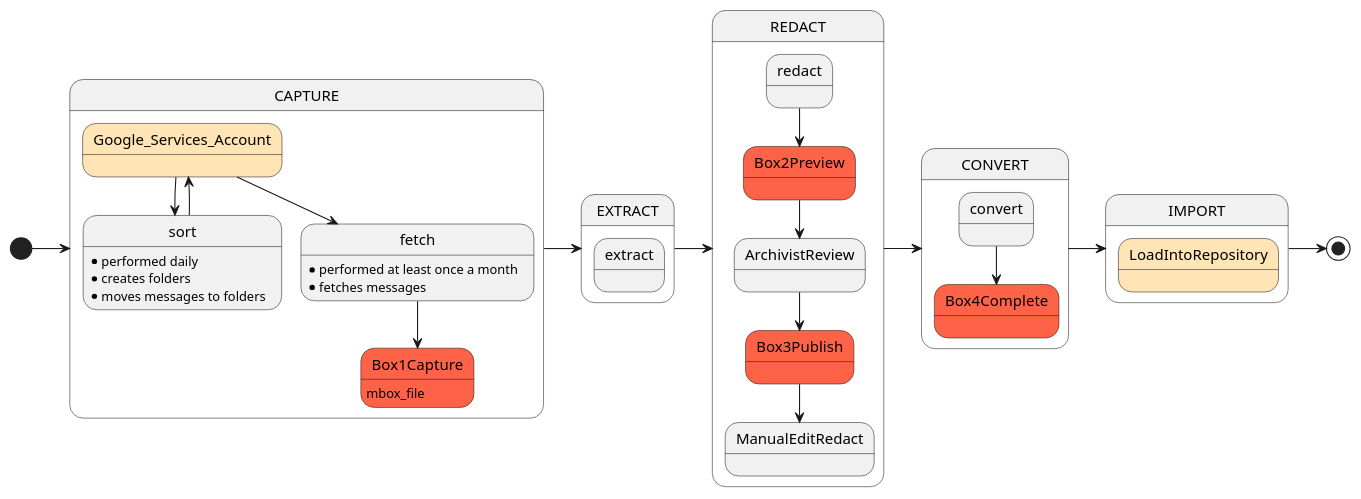
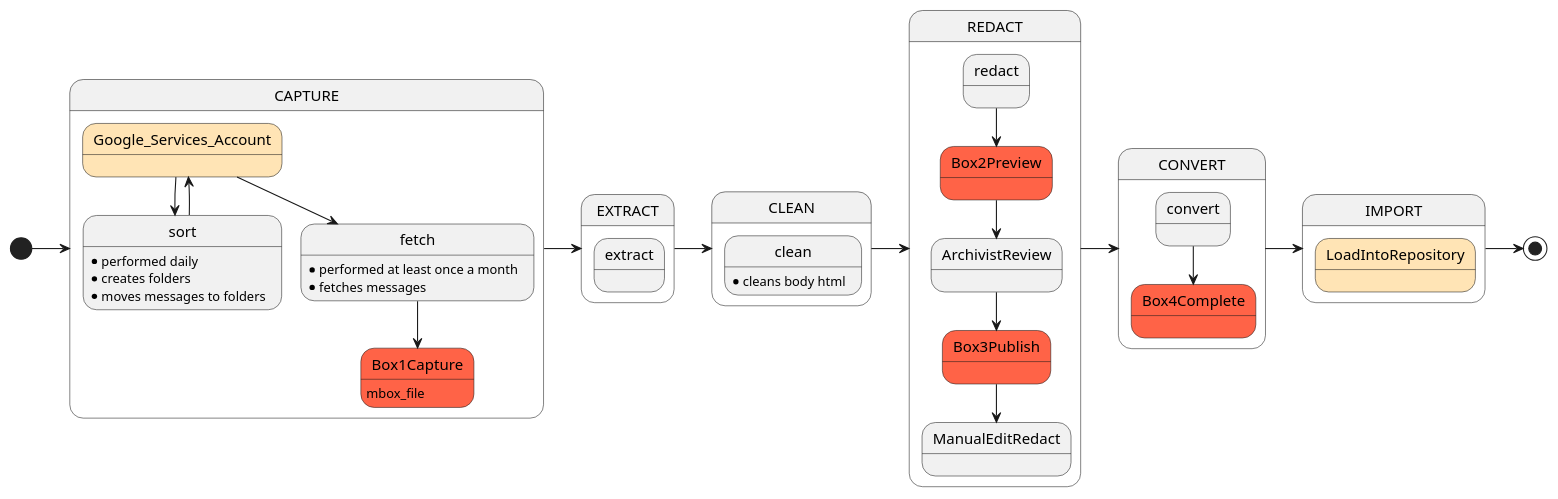
One commit to umd-lib/jenkins-test-repo changed the diagram in docs/images/workflow.puml. Above: the diagram before and after it, drawn with PlantUML. The commit also changed 1 other file, not shown here.

Commit message:
LIBWHCA-86. Added clean to diagram

```diff
--- a/docs/images/workflow.puml
+++ b/docs/images/workflow.puml
@@ -1,55 +1,62 @@
 @startuml workflow
 
 state CAPTURE {
   state Google_Services_Account #moccasin
   state sort: * performed daily
   state sort: * creates folders
   state sort: * moves messages to folders
   state fetch: * performed at least once a month
   state fetch: * fetches messages
   state Box1Capture
   state Box1Capture: mbox_file
 
   Google_Services_Account --> sort
   sort --> Google_Services_Account
   Google_Services_Account --> fetch
   fetch --> Box1Capture #tomato
 }
 
 state EXTRACT {
   state extract
+}
+
+state CLEAN {
+  state clean
+  state clean: * cleans body html
+
 }
 
 state REDACT {
   state redact
   state Box2Preview #tomato
   state ArchivistReview
   state Box3Publish #tomato
   state ManualEditRedact
 
   redact --> Box2Preview
   Box2Preview --> ArchivistReview
   ArchivistReview --> Box3Publish
   Box3Publish --> ManualEditRedact
 }
 
 state CONVERT {
   state convert
   state Box4Complete #tomato
 
   convert --> Box4Complete
 }
 
 state IMPORT {
   state LoadIntoRepository #moccasin
 }
 
 
 [*] -r-> CAPTURE
 CAPTURE -r-> EXTRACT
-EXTRACT -r-> REDACT
+EXTRACT -r-> CLEAN
+CLEAN -r-> REDACT
 REDACT -r-> CONVERT
 CONVERT -r-> IMPORT
 IMPORT -r-> [*]
 
 @enduml
```
